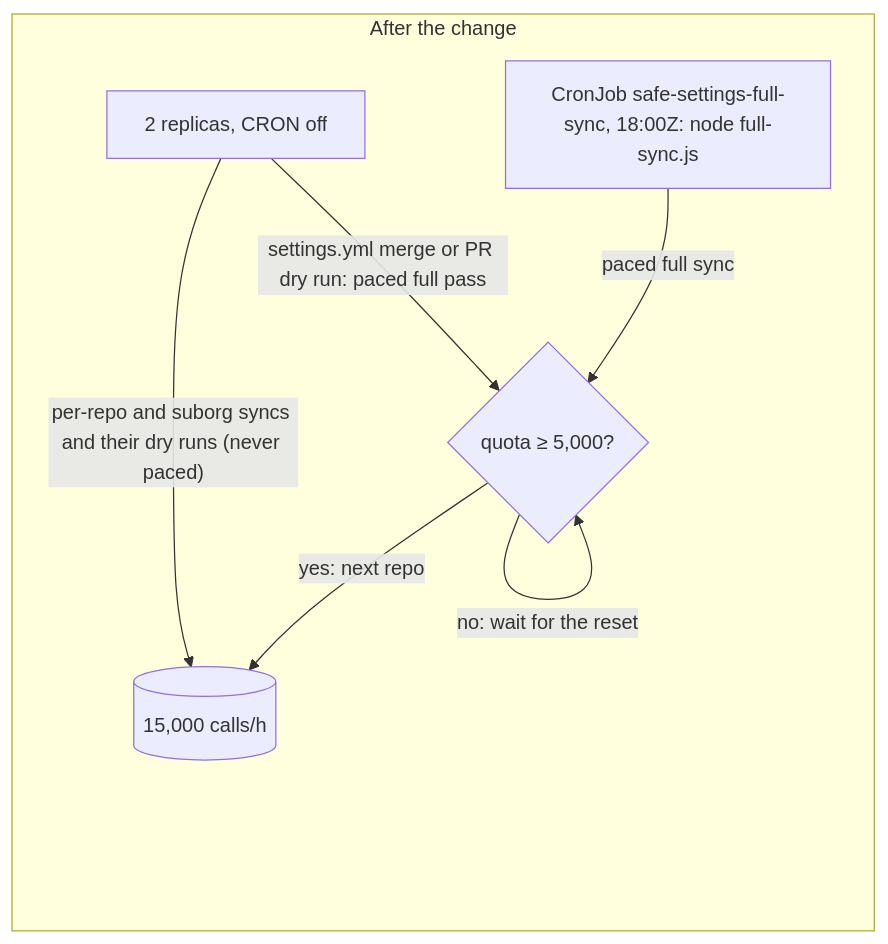
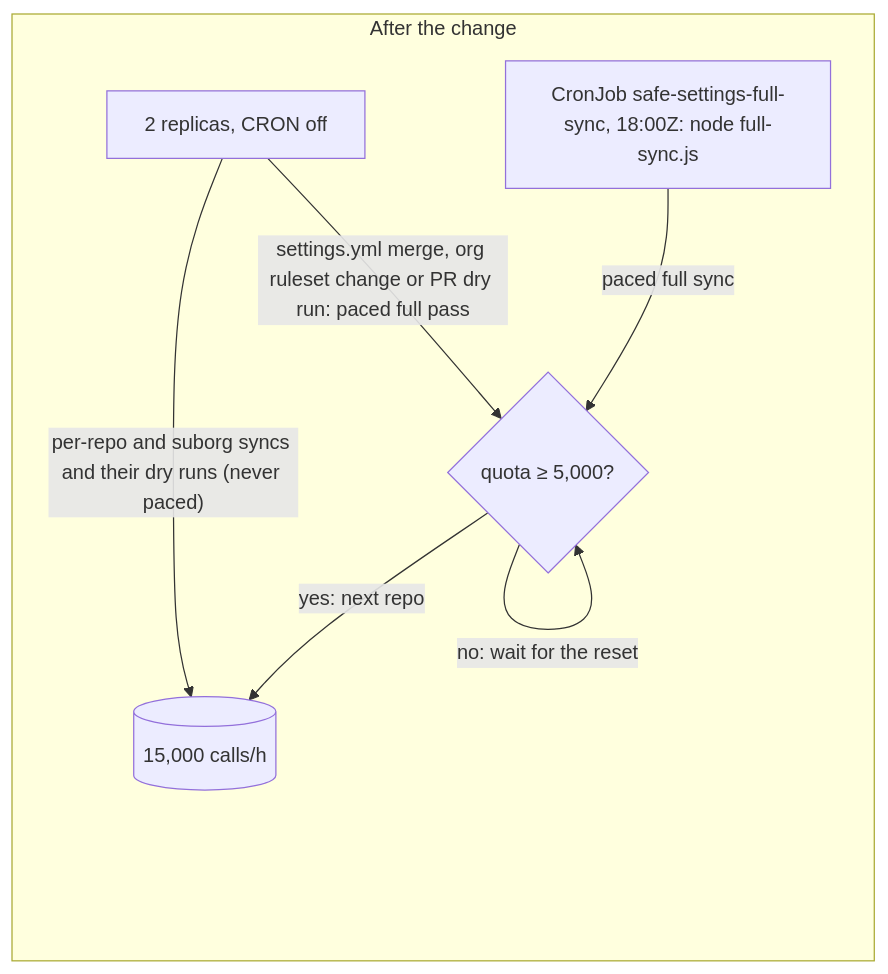
Before and after one commit to tomtom-forks/safe-settings: the second of 4 diagrams in docs/sdlc/changes/2026-11-23-cron-sync-quota/change-design.md, drawn with Mermaid. The commit also changed other lines of this file, not shown here.

First line of the commit message:
docs(cron-quota): address review round 2 (cap reached)

````diff
--- a/docs/sdlc/changes/2026-11-23-cron-sync-quota/change-design.md
+++ b/docs/sdlc/changes/2026-11-23-cron-sync-quota/change-design.md
@@ -157,10 +158,10 @@
 ```mermaid
 flowchart LR
   subgraph after["After the change"]
     cj["CronJob safe-settings-full-sync, 18:00Z: node full-sync.js"] -->|"paced full sync"| guard{"quota ≥ 5,000?"}
-    pods2["2 replicas, CRON off"] -->|"settings.yml merge or PR dry run: paced full pass"| guard
+    pods2["2 replicas, CRON off"] -->|"settings.yml merge, org ruleset change or PR dry run: paced full pass"| guard
     guard -->|"yes: next repo"| q2[("15,000 calls/h")]
     guard -->|"no: wait for the reset"| guard
     pods2 -->|"per-repo and suborg syncs and their dry runs (never paced)"| q2
   end
 ```
````
